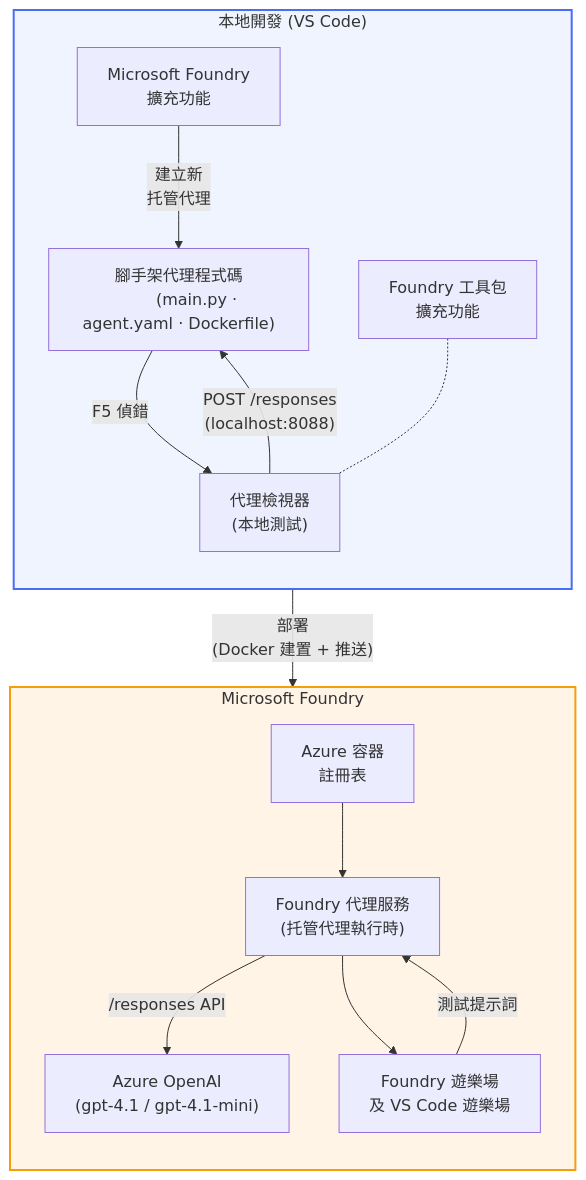
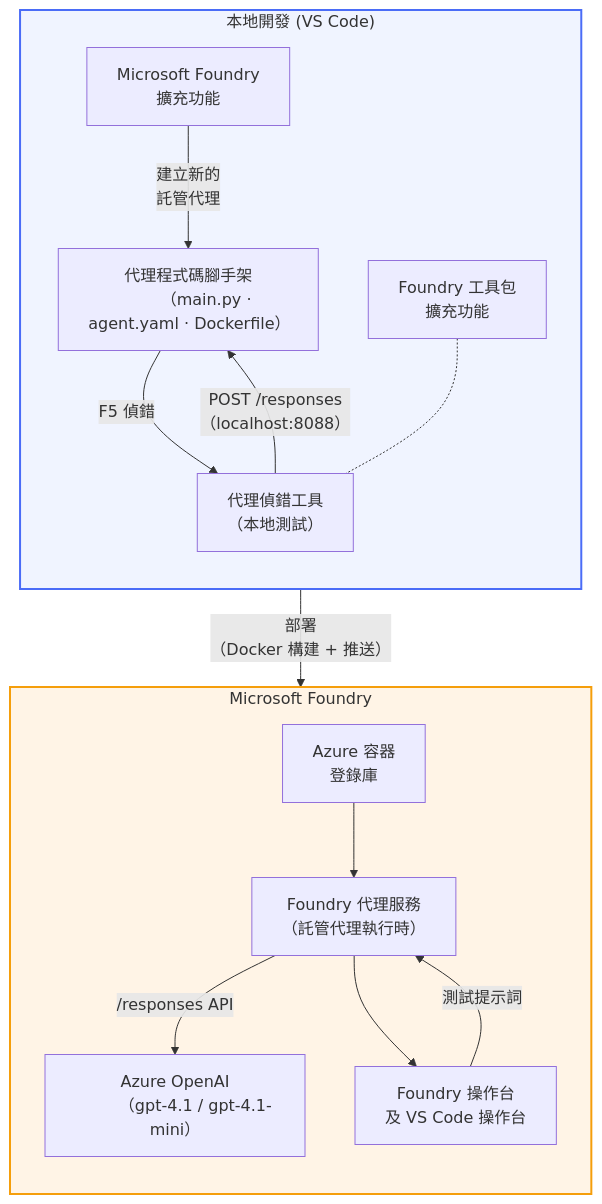
The diagram in translations/zh-HK/README.md (microsoft-foundry/Foundry_Toolkit_for_VSCode_Lab), drawn with Mermaid before and after one commit. The commit also changed other lines of this file and 110 other files, not shown here.

````diff
--- a/translations/zh-HK/README.md
+++ b/translations/zh-HK/README.md
@@ -48,42 +52,42 @@
 ```mermaid
 flowchart TB
     subgraph Local["本地開發 (VS Code)"]
         direction TB
         FE["Microsoft Foundry
         擴充功能"]
         FoundryToolkit["Foundry 工具包
         擴充功能"]
-        Scaffold["腳手架代理程式碼
-        (main.py · agent.yaml · Dockerfile)"]
-        Inspector["代理檢視器
-        (本地測試)"]
-        FE -- "建立新
-        托管代理" --> Scaffold
+        Scaffold["代理程式碼腳手架
+        （main.py · agent.yaml · Dockerfile）"]
+        Inspector["代理偵錯工具
+        （本地測試）"]
+        FE -- "建立新的
+        託管代理" --> Scaffold
         Scaffold -- "F5 偵錯" --> Inspector
         FoundryToolkit -.- Inspector
     end
 
     subgraph Cloud["Microsoft Foundry"]
         direction TB
         ACR["Azure 容器
-        註冊表"]
+        登錄庫"]
         AgentService["Foundry 代理服務
-        (托管代理執行時)"]
+        （託管代理執行時）"]
         Model["Azure OpenAI
-        (gpt-4.1 / gpt-4.1-mini)"]
-        Playground["Foundry 遊樂場
-        及 VS Code 遊樂場"]
+        （gpt-4.1 / gpt-4.1-mini）"]
+        Playground["Foundry 操作台
+        及 VS Code 操作台"]
         ACR --> AgentService
         AgentService -- "/responses API" --> Model
         AgentService --> Playground
     end
 
     Scaffold -- "部署
-    (Docker 建置 + 推送)" --> ACR
+    （Docker 構建 + 推送）" --> ACR
     Inspector -- "POST /responses
-    (localhost:8088)" --> Scaffold
+    （localhost:8088）" --> Scaffold
     Playground -- "測試提示詞" --> AgentService
 
     style Local fill:#f0f4ff,stroke:#4a6cf7,stroke-width:2px
     style Cloud fill:#fff4e6,stroke:#f59e0b,stroke-width:2px
 ```
````
